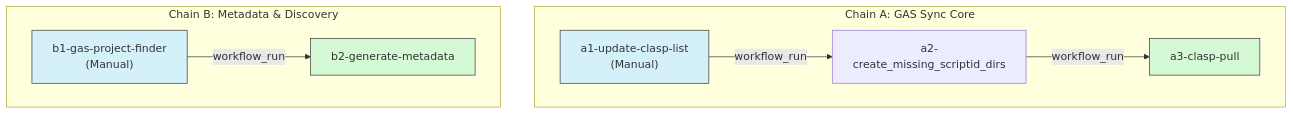
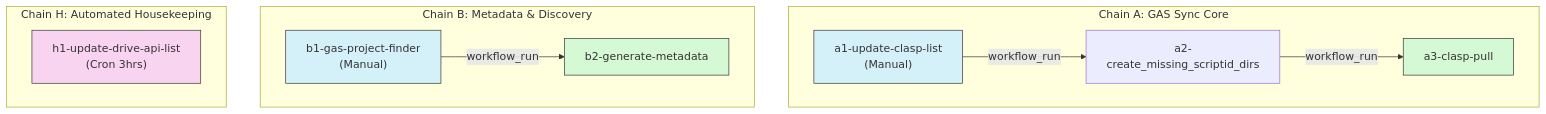
The diagram in .github/workflows/AGENTS.md (TakashiSasaki/gas.moukaeritai.work), drawn with Mermaid before and after one commit. The commit also changed other lines of this file and 2 other files, not shown here.

Commit message:
feat: implement 3-hourly automated housekeeping and directory auto-creation

````diff
--- a/.github/workflows/AGENTS.md
+++ b/.github/workflows/AGENTS.md
@@ -58,16 +74,21 @@
 ```mermaid
 graph TD
     subgraph "Chain A: GAS Sync Core"
         A1["a1-update-clasp-list<br/>(Manual)"] -->|workflow_run| A2["a2-create_missing_scriptid_dirs"]
         A2 -->|workflow_run| A3["a3-clasp-pull"]
     end
 
     subgraph "Chain B: Metadata & Discovery"
         B1["b1-gas-project-finder<br/>(Manual)"] -->|workflow_run| B2["b2-generate-metadata"]
     end
 
+    subgraph "Chain H: Automated Housekeeping"
+        H1["h1-update-drive-api-list<br/>(Cron 3hrs)"]
+    end
+
     style A1 fill:#d4f1f9,stroke:#333
     style B1 fill:#d4f1f9,stroke:#333
+    style H1 fill:#f9d4f1,stroke:#333
     style A3 fill:#d4f9d4,stroke:#333
     style B2 fill:#d4f9d4,stroke:#333
 ```
````
